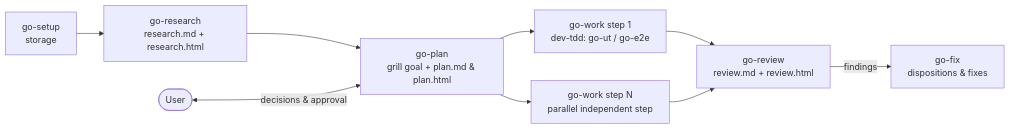
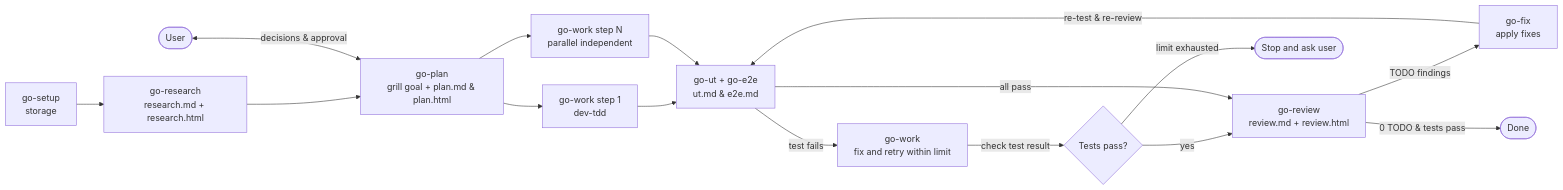
Before and after one commit to le0u0/just-do-it: the diagram in skills/go-flow/SKILL.md, drawn with Mermaid. The commit also changed other lines of this file and 31 other files, not shown here.

````diff
--- a/skills/go-flow/SKILL.md
+++ b/skills/go-flow/SKILL.md
@@ -12,11 +12,18 @@
 ```mermaid
 flowchart LR
     S[go-setup<br/>storage] --> R[go-research<br/>research.md + research.html]
     R --> P[go-plan<br/>grill goal + plan.md & plan.html]
     U([User]) <-->|decisions & approval| P
-    P --> W1[go-work step 1<br/>dev-tdd: go-ut / go-e2e]
-    P --> W2[go-work step N<br/>parallel independent step]
-    W1 --> V[go-review<br/>review.md + review.html]
-    W2 --> V
-    V -->|findings| F[go-fix<br/>dispositions & fixes]
+    P --> W1[go-work step 1<br/>dev-tdd]
+    P --> W2[go-work step N<br/>parallel independent]
+    W1 --> T[go-ut + go-e2e<br/>ut.md & e2e.md]
+    W2 --> T
+    T -->|test fails| X[go-work<br/>fix and retry within limit]
+    X -->|check test result| Q{Tests pass?}
+    Q -->|yes| V
+    Q -->|limit exhausted| Stop([Stop and ask user])
+    T -->|all pass| V[go-review<br/>review.md + review.html]
+    V -->|TODO findings| F[go-fix<br/>apply fixes]
+    F -->|re-test & re-review| T
+    V -->|0 TODO & tests pass| D([Done])
 ```
````
